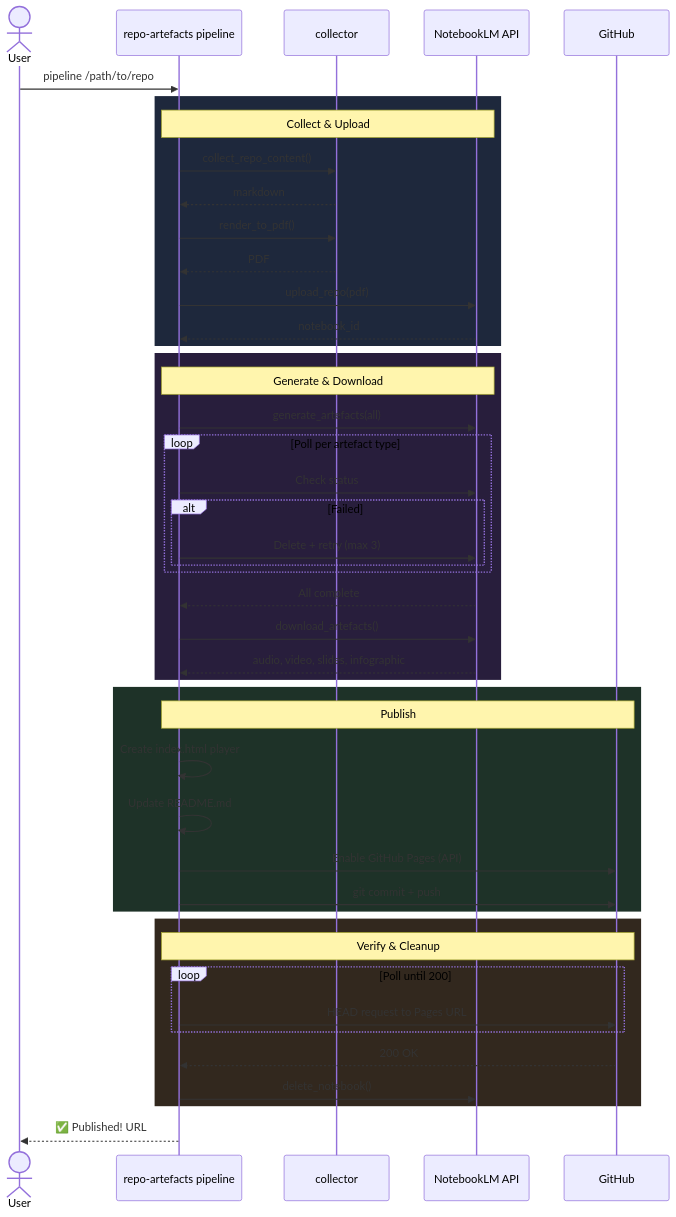
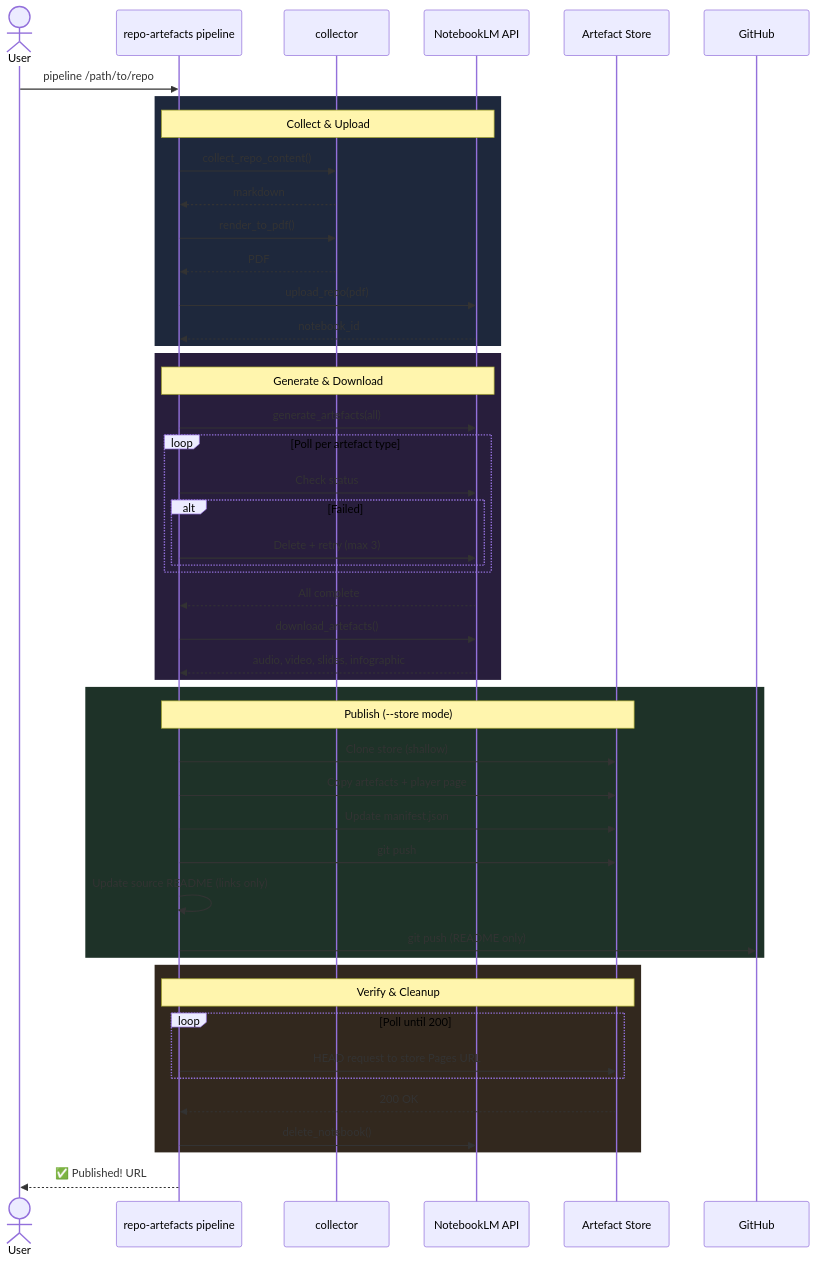
The second of 2 diagrams in docs/pipeline.md (NetDevAutomate/notebooklm-repo-artefacts), drawn with Mermaid before and after one commit. The commit also changed other lines of this file and 12 other files, not shown here.

First line of the commit message:
feat: add centralised artefact store with --store flag

````diff
--- a/docs/pipeline.md
+++ b/docs/pipeline.md
@@ -55,53 +65,56 @@
 ```mermaid
 sequenceDiagram
     actor User
     participant CLI as repo-artefacts pipeline
     participant Col as collector
     participant NLM as NotebookLM API
+    participant Store as Artefact Store
     participant GH as GitHub
 
     User->>CLI: pipeline /path/to/repo
 
     rect rgb(30, 40, 60)
     Note over CLI,NLM: Collect & Upload
     CLI->>Col: collect_repo_content()
     Col-->>CLI: markdown
     CLI->>Col: render_to_pdf()
     Col-->>CLI: PDF
     CLI->>NLM: upload_repo(pdf)
     NLM-->>CLI: notebook_id
     end
 
     rect rgb(40, 30, 60)
     Note over CLI,NLM: Generate & Download
     CLI->>NLM: generate_artefacts(all)
     loop Poll per artefact type
         CLI->>NLM: Check status
         alt Failed
             CLI->>NLM: Delete + retry (max 3)
         end
     end
     NLM-->>CLI: All complete
     CLI->>NLM: download_artefacts()
     NLM-->>CLI: audio, video, slides, infographic
     end
 
     rect rgb(30, 50, 40)
-    Note over CLI,GH: Publish
-    CLI->>CLI: Create index.html player
-    CLI->>CLI: Update README.md
-    CLI->>GH: Enable GitHub Pages (API)
-    CLI->>GH: git commit + push
+    Note over CLI,Store: Publish (--store mode)
+    CLI->>Store: Clone store (shallow)
+    CLI->>Store: Copy artefacts + player page
+    CLI->>Store: Update manifest.json
+    CLI->>Store: git push
+    CLI->>CLI: Update source README (links only)
+    CLI->>GH: git push (README only)
     end
 
     rect rgb(50, 40, 30)
-    Note over CLI,GH: Verify & Cleanup
+    Note over CLI,Store: Verify & Cleanup
     loop Poll until 200
-        CLI->>GH: HEAD request to Pages URL
+        CLI->>Store: HEAD request to store Pages URL
     end
-    GH-->>CLI: 200 OK
+    Store-->>CLI: 200 OK
     CLI->>NLM: delete_notebook()
     end
 
     CLI-->>User: ✅ Published! URL
 ```
````
